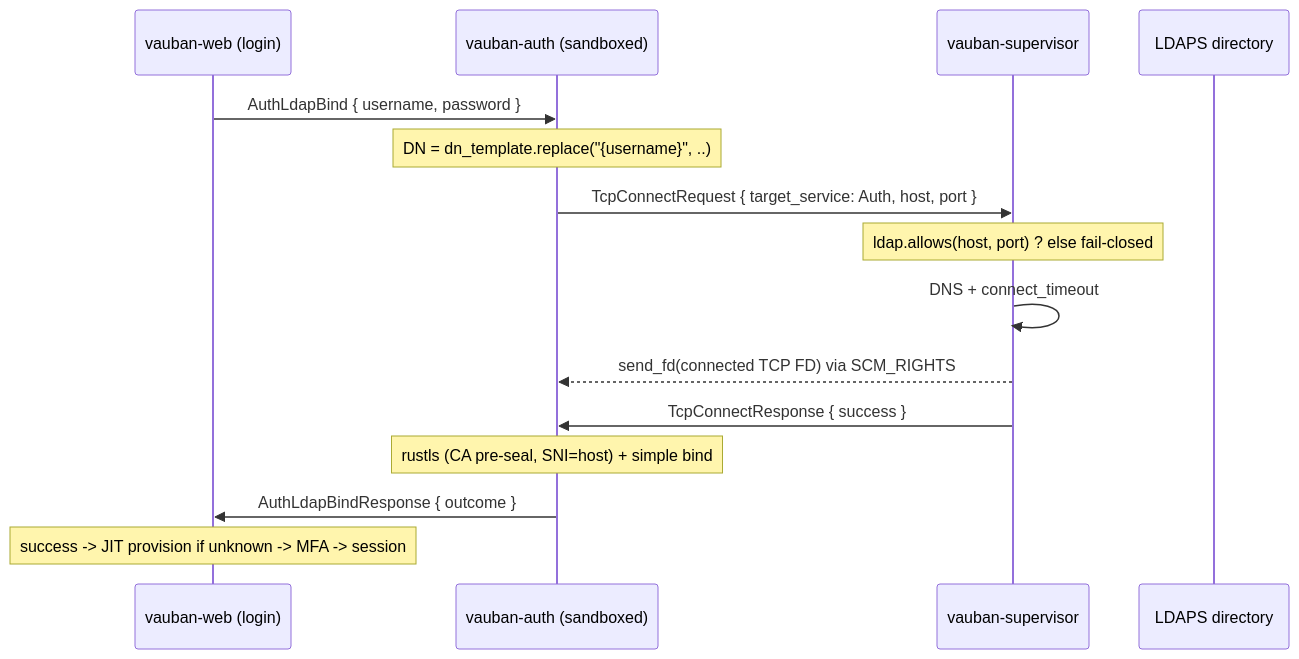
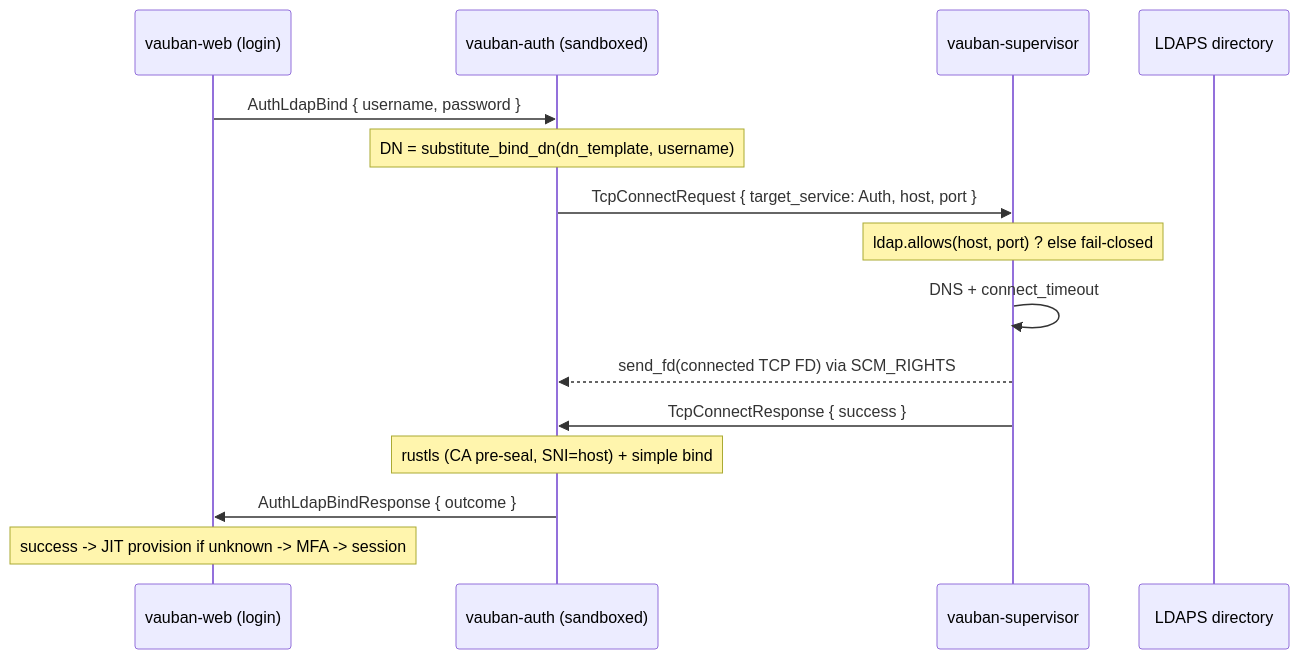
The diagram in docs/technical/Vauban_LDAPS_Auth_Architecture_EN(1.0).md (rbenaley/Vauban), drawn with Mermaid before and after one commit. The commit also changed other lines of this file and 33 other files, not shown here.

````diff
--- a/docs/technical/Vauban_LDAPS_Auth_Architecture_EN(1.0).md
+++ b/docs/technical/Vauban_LDAPS_Auth_Architecture_EN(1.0).md
@@ -62,18 +62,18 @@
 ```mermaid
 sequenceDiagram
     participant Web as vauban-web (login)
     participant Auth as vauban-auth (sandboxed)
     participant Sup as vauban-supervisor
     participant DS as LDAPS directory
 
     Web->>Auth: AuthLdapBind { username, password }
-    Note over Auth: DN = dn_template.replace("{username}", ..)
+    Note over Auth: DN = substitute_bind_dn(dn_template, username)
     Auth->>Sup: TcpConnectRequest { target_service: Auth, host, port }
     Note over Sup: ldap.allows(host, port) ? else fail-closed
     Sup->>Sup: DNS + connect_timeout
     Sup-->>Auth: send_fd(connected TCP FD) via SCM_RIGHTS
     Sup->>Auth: TcpConnectResponse { success }
     Note over Auth: rustls (CA pre-seal, SNI=host) + simple bind
     Auth->>Web: AuthLdapBindResponse { outcome }
     Note over Web: success -> JIT provision if unknown -> MFA -> session
 ```
````
